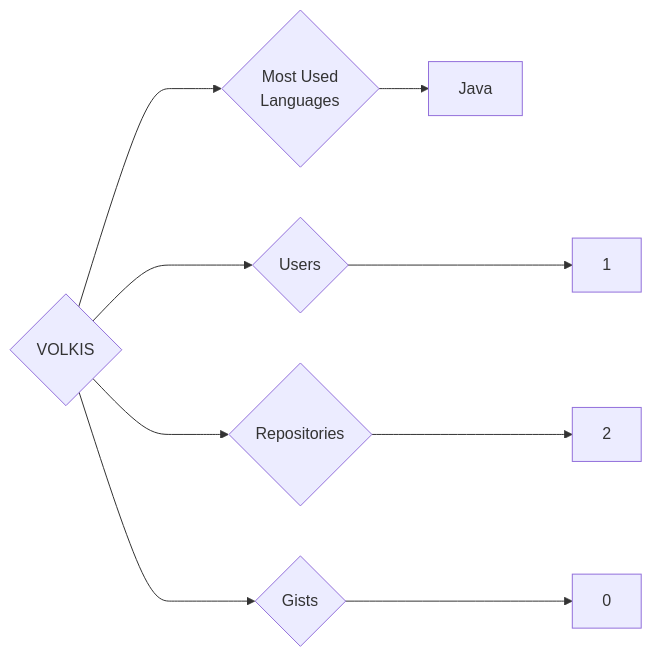
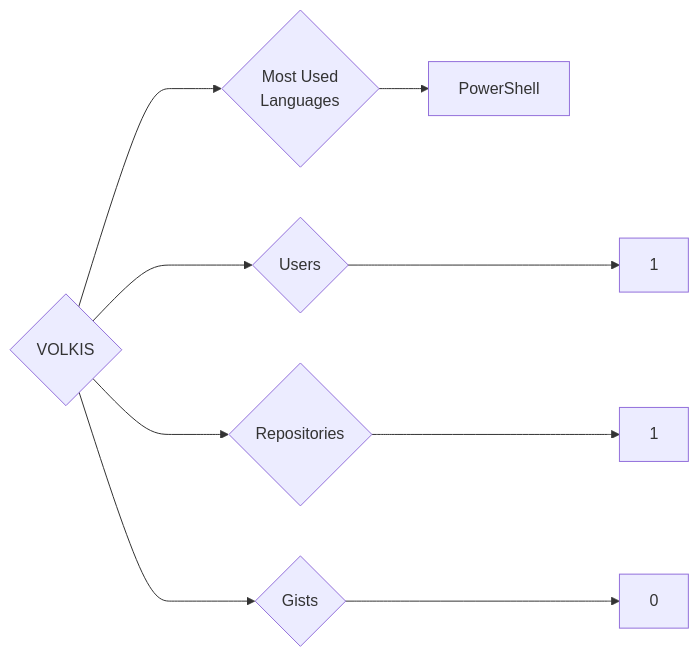
One commit to trickest/insiders changed the diagram in targets/VOLKIS/README.md. Above: the diagram before and after it, drawn with Mermaid. The commit also changed 794 other files, not shown here.

````diff
--- a/targets/VOLKIS/README.md
+++ b/targets/VOLKIS/README.md
@@ -3,9 +3,9 @@
 ```mermaid
 graph LR
 COMPANY_NAME{VOLKIS}
 COMPANY_NAME ---> U{Users} ---> UN[1]
-COMPANY_NAME ---> R{Repositories} ---> RN[2]
+COMPANY_NAME ---> R{Repositories} ---> RN[1]
 COMPANY_NAME ---> G{Gists} ---> GN[0]
 COMPANY_NAME ---> ML{Most Used<br>Languages}
-ML --> Java[Java]
+ML --> PowerShell[PowerShell]
 ```
````
